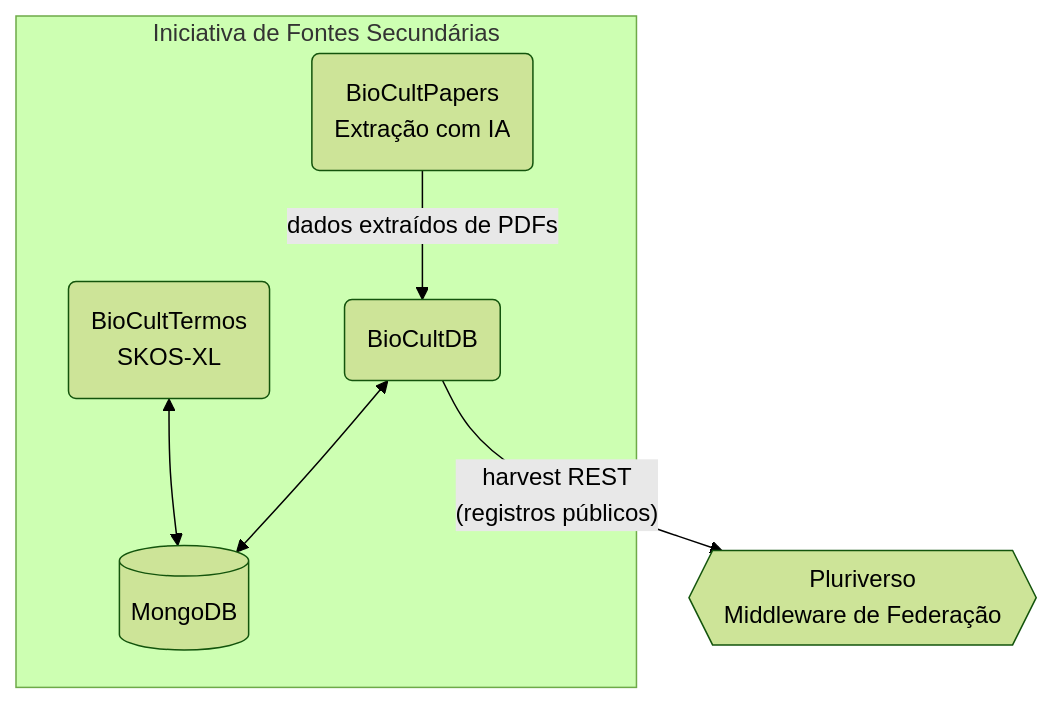
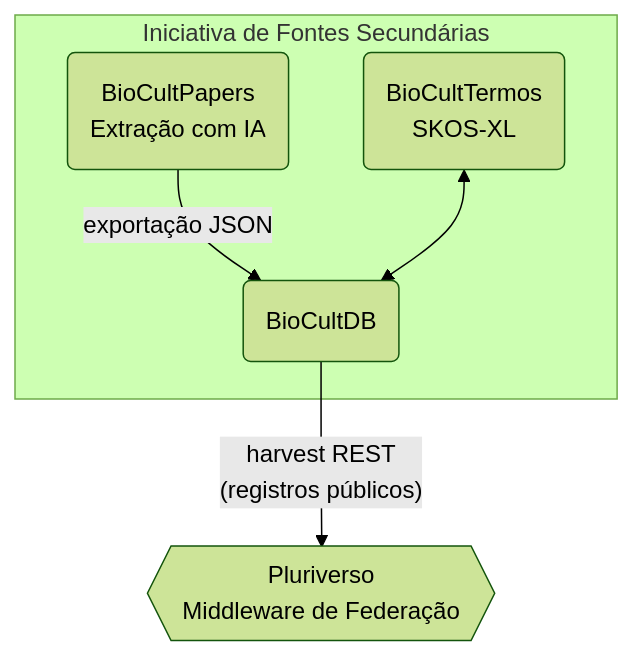
Before and after one commit to edalcin/BioCultPapers: the diagram in README.md, drawn with Mermaid (forest theme). The commit also changed other lines of this file and 46 other files, not shown here.

First line of the commit message:
feat: migra storage para SQLite local, remove sync MongoDB, adiciona exportacao para BioCultDB

````diff
--- a/README.md
+++ b/README.md
@@ -348,12 +335,11 @@
 ```mermaid
 graph TD
     subgraph I1["Iniciativa de Fontes Secundárias"]
-        EP(BioCultPapers\nExtração com IA) -->|dados extraídos de PDFs| EDB(BioCultDB)
-        EDB <--> MDB[(MongoDB)]
-        ET(BioCultTermos\nSKOS-XL) <--> MDB
+        EP(BioCultPapers\nExtração com IA) -->|"exportação JSON"| EDB(BioCultDB)
+        ET(BioCultTermos\nSKOS-XL) <--> EDB
     end
 
     PL{{"Pluriverso\nMiddleware de Federação"}}
 
     EDB -->|"harvest REST\n(registros públicos)"| PL
 ```
````
